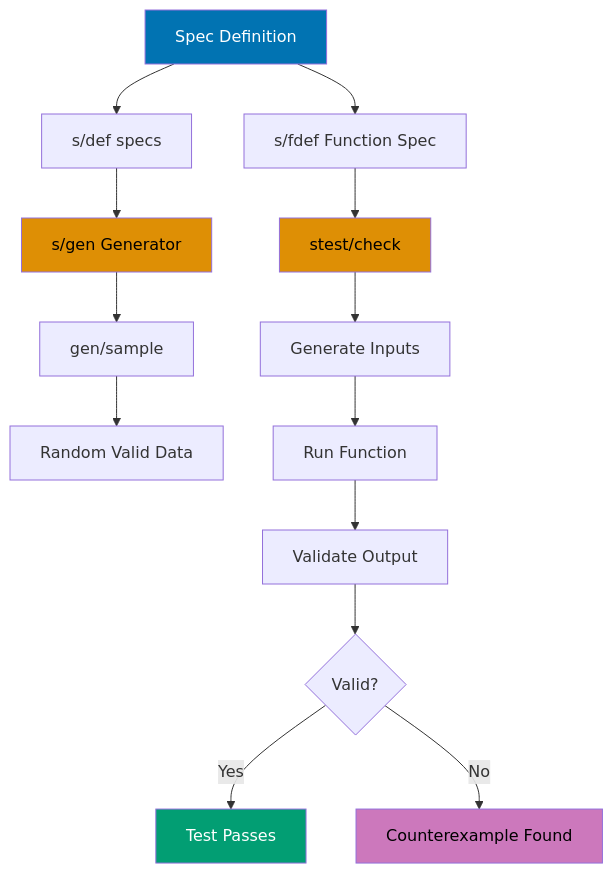
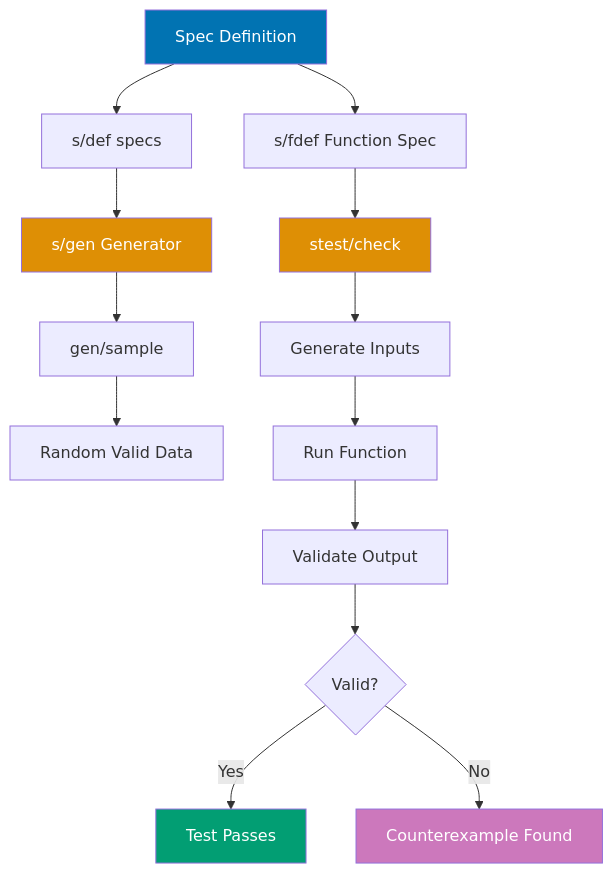
One commit to wahidyankf/open-sharia-enterprise changed the tenth of 13 diagrams in apps/ayokoding-web/content/en/learn/software-engineering/programming-languages/clojure/by-example/advanced.md. Above: the diagram before and after it, drawn with Mermaid. The commit also changed other lines of this file and 61 other files, not shown here.

First line of the commit message:
fix(ayokoding-web): quote Mermaid node labels with special characters in Example 63

````diff
--- a/apps/ayokoding-web/content/en/learn/software-engineering/programming-languages/clojure/by-example/advanced.md
+++ b/apps/ayokoding-web/content/en/learn/software-engineering/programming-languages/clojure/by-example/advanced.md
@@ -958,23 +958,23 @@
 ```mermaid
 %% Spec generative testing flow
 graph TD
     A[Spec Definition] --> B[s/def specs]
     B --> C[s/gen Generator]
     C --> D[gen/sample]
     D --> E[Random Valid Data]
 
     A --> F[s/fdef Function Spec]
     F --> G[stest/check]
     G --> H[Generate Inputs]
     H --> I[Run Function]
     I --> J[Validate Output]
     J --> K{Valid?}
     K -->|Yes| L[Test Passes]
     K -->|No| M[Counterexample Found]
 
     style A fill:#0173B2,color:#fff
-    style C fill:#DE8F05,color:#000
-    style G fill:#DE8F05,color:#000
+    style C fill:#DE8F05,color:#fff
+    style G fill:#DE8F05,color:#fff
     style L fill:#029E73,color:#fff
-    style M fill:#CC78BC,color:#000
+    style M fill:#CC78BC,color:#fff
 ```
````
